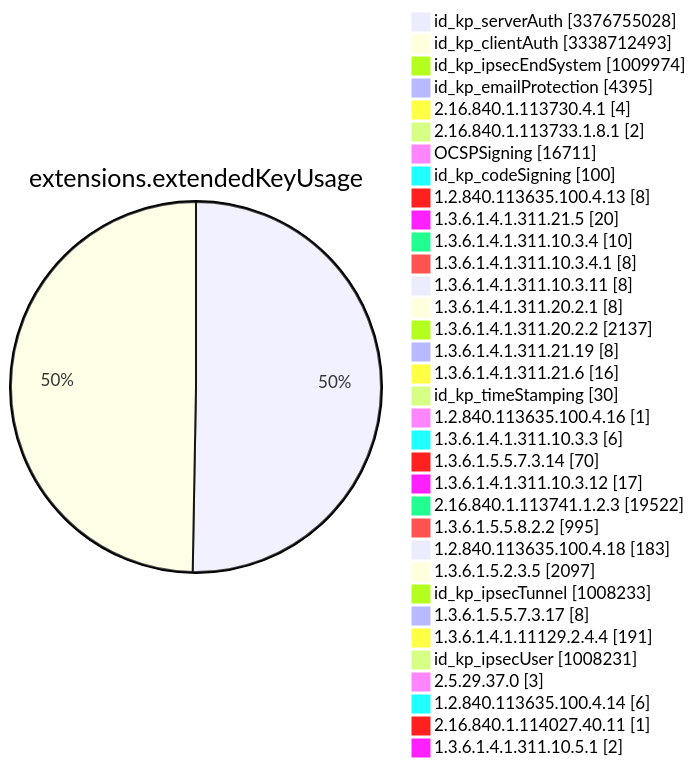
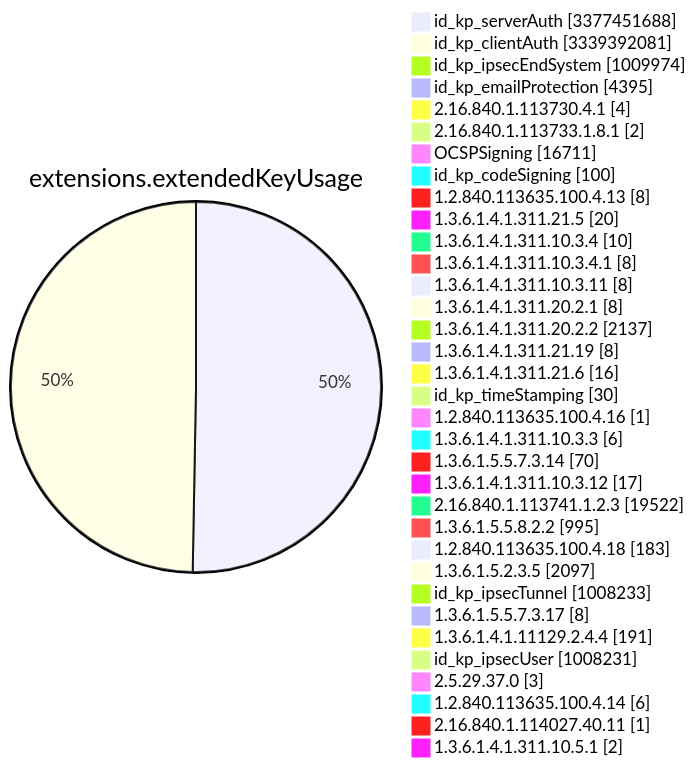
Before and after one commit to christiankrug/ctmonitor_visualization: diagram 11 of 15 in TOTAL/README.md, drawn with Mermaid. The commit also changed other lines of this file, not shown here.

````diff
--- a/TOTAL/README.md
+++ b/TOTAL/README.md
@@ -4120,38 +4120,38 @@
 ```mermaid
 pie showData
 title extensions.extendedKeyUsage
-"id_kp_serverAuth" :3376755028
-"id_kp_clientAuth" :3338712493
+"id_kp_serverAuth" :3377451688
+"id_kp_clientAuth" :3339392081
 "id_kp_ipsecEndSystem" :1009974
 "id_kp_emailProtection" :4395
 "2.16.840.1.113730.4.1" :4
 "2.16.840.1.113733.1.8.1" :2
 "OCSPSigning" :16711
 "id_kp_codeSigning" :100
 "1.2.840.113635.100.4.13" :8
 "1.3.6.1.4.1.311.21.5" :20
 "1.3.6.1.4.1.311.10.3.4" :10
 "1.3.6.1.4.1.311.10.3.4.1" :8
 "1.3.6.1.4.1.311.10.3.11" :8
 "1.3.6.1.4.1.311.20.2.1" :8
 "1.3.6.1.4.1.311.20.2.2" :2137
 "1.3.6.1.4.1.311.21.19" :8
 "1.3.6.1.4.1.311.21.6" :16
 "id_kp_timeStamping" :30
 "1.2.840.113635.100.4.16" :1
 "1.3.6.1.4.1.311.10.3.3" :6
 "1.3.6.1.5.5.7.3.14" :70
 "1.3.6.1.4.1.311.10.3.12" :17
 "2.16.840.1.113741.1.2.3" :19522
 "1.3.6.1.5.5.8.2.2" :995
 "1.2.840.113635.100.4.18" :183
 "1.3.6.1.5.2.3.5" :2097
 "id_kp_ipsecTunnel" :1008233
 "1.3.6.1.5.5.7.3.17" :8
 "1.3.6.1.4.1.11129.2.4.4" :191
 "id_kp_ipsecUser" :1008231
 "2.5.29.37.0" :3
 "1.2.840.113635.100.4.14" :6
 "2.16.840.1.114027.40.11" :1
 "1.3.6.1.4.1.311.10.5.1" :2
 ```
````
